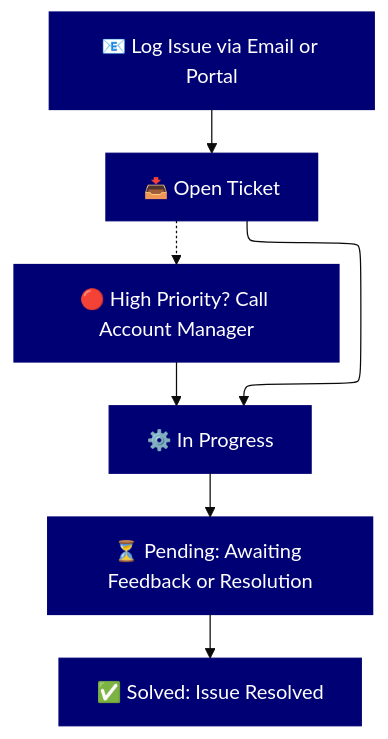
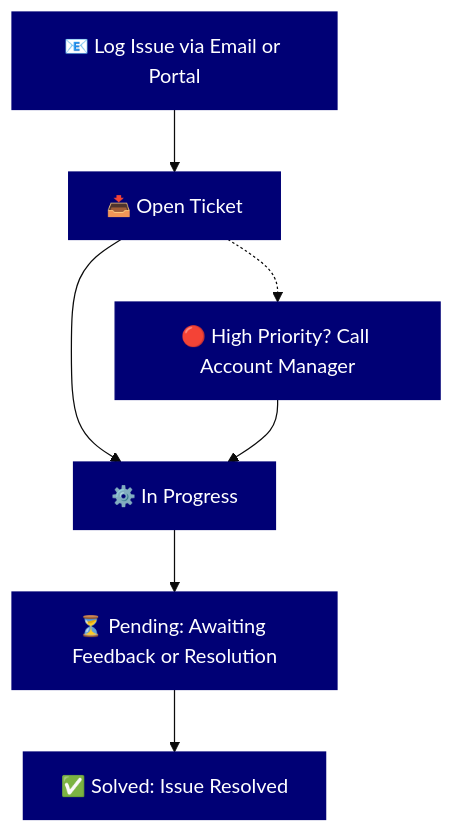
Before and after one commit to PlainsightPro/Vision-Playbook: the diagram in docs/service-delivery/support.md, drawn with Mermaid. The commit also changed 3 other files, not shown here.

First line of the commit message:
Fix Mermaid diagrams: use %%{init}%% instead of YAML front matter

````diff
--- a/docs/service-delivery/support.md
+++ b/docs/service-delivery/support.md
@@ -23,20 +23,14 @@
 ```mermaid
----
-config:
-  layout: elk
-  theme: base
-  themeVariables:
-    primaryTextColor: '#FFFFFF'
----
+%%{init: { "theme": "base", "themeVariables": { "primaryTextColor": "#FFFFFF" } } }%%
 graph TD;
     A[📧 Log Issue via Email or Portal] --> B[📥 Open Ticket]
     B --> C[⚙️ In Progress]
     C --> D[⏳ Pending: Awaiting Feedback or Resolution]
     D --> E[✅ Solved: Issue Resolved]
     B -.-> F[🔴 High Priority? Call Account Manager]
     F --> C
     
     classDef blueBox fill:#000075,stroke:#000075,stroke-width:1px,color:#FFFFFF;
     class A,B,C,D,E,F blueBox;
 
 ``` 
````
